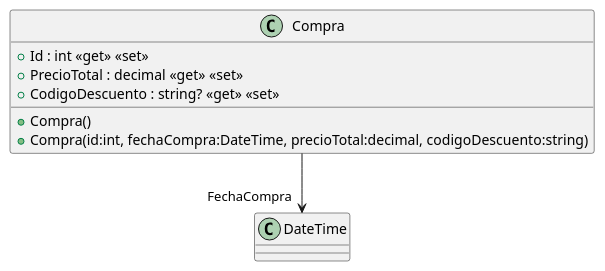
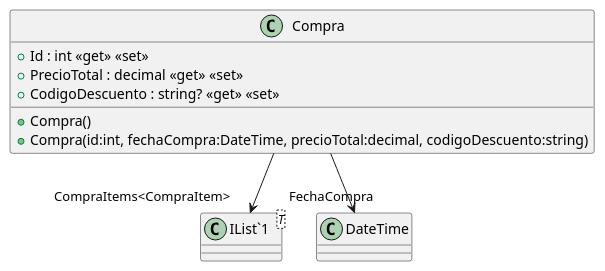
The diagram in src/AppForSEII.API/ClassDiagram/Compra.puml (ISII2627LosElnes/ISII2627LosElnes), drawn with PlantUML before and after one commit. The commit also changed 8 other files, not shown here.

```diff
--- a/src/AppForSEII.API/ClassDiagram/Compra.puml
+++ b/src/AppForSEII.API/ClassDiagram/Compra.puml
@@ -1,10 +1,13 @@
 @startuml
 class Compra {
     + Compra()
     + Compra(id:int, fechaCompra:DateTime, precioTotal:decimal, codigoDescuento:string)
     + Id : int <<get>> <<set>>
     + PrecioTotal : decimal <<get>> <<set>>
     + CodigoDescuento : string? <<get>> <<set>>
 }
+class "IList`1"<T> {
+}
 Compra --> "FechaCompra" DateTime
+Compra --> "CompraItems<CompraItem>" "IList`1"
 @enduml
```
